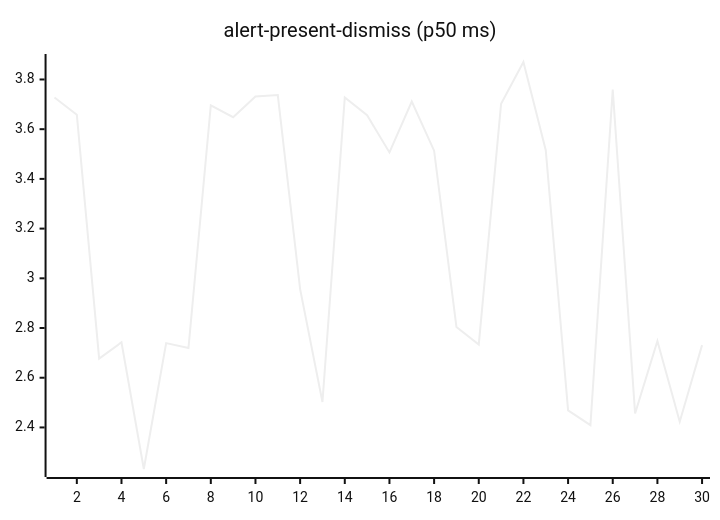
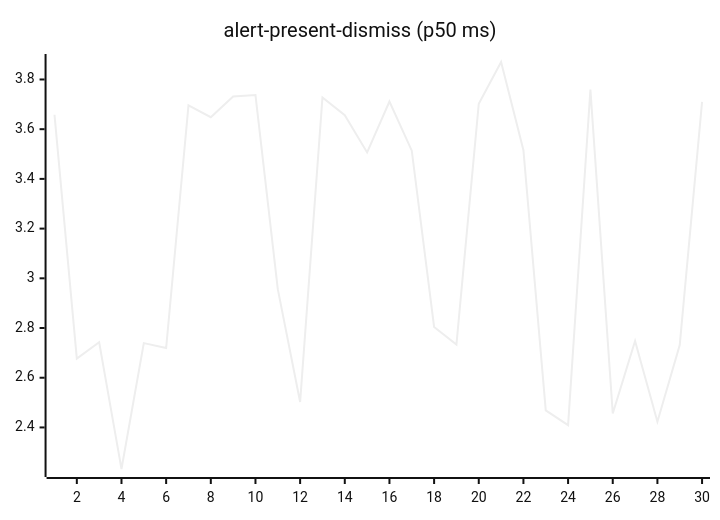
The second of 27 diagrams in README.md (josha/Facet), drawn with Mermaid (neutral theme) before and after one commit. The commit also changed other lines of this file and 2 other files, not shown here.

````diff
--- a/README.md
+++ b/README.md
@@ -70,6 +70,6 @@
 ```mermaid
 xychart-beta
     title "alert-present-dismiss (p50 ms)"
     x-axis 1 --> 30
-    line [3.7274, 3.6582, 2.6769, 2.7425, 2.2328, 2.7393, 2.7195, 3.6955, 3.6480, 3.7318, 3.7373, 2.9562, 2.5024, 3.7273, 3.6562, 3.5064, 3.7112, 3.5136, 2.8044, 2.7337, 3.7022, 3.8703, 3.5157, 2.4688, 2.4093, 3.7592, 2.4564, 2.7475, 2.4232, 2.7312]
+    line [3.6582, 2.6769, 2.7425, 2.2328, 2.7393, 2.7195, 3.6955, 3.6480, 3.7318, 3.7373, 2.9562, 2.5024, 3.7273, 3.6562, 3.5064, 3.7112, 3.5136, 2.8044, 2.7337, 3.7022, 3.8703, 3.5157, 2.4688, 2.4093, 3.7592, 2.4564, 2.7475, 2.4232, 2.7312, 3.7096]
 ```
````
